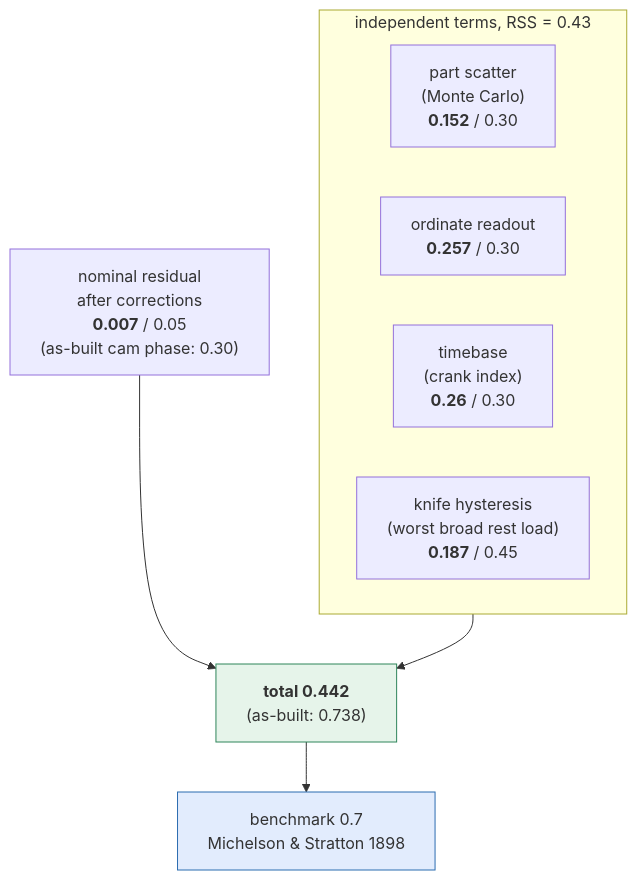
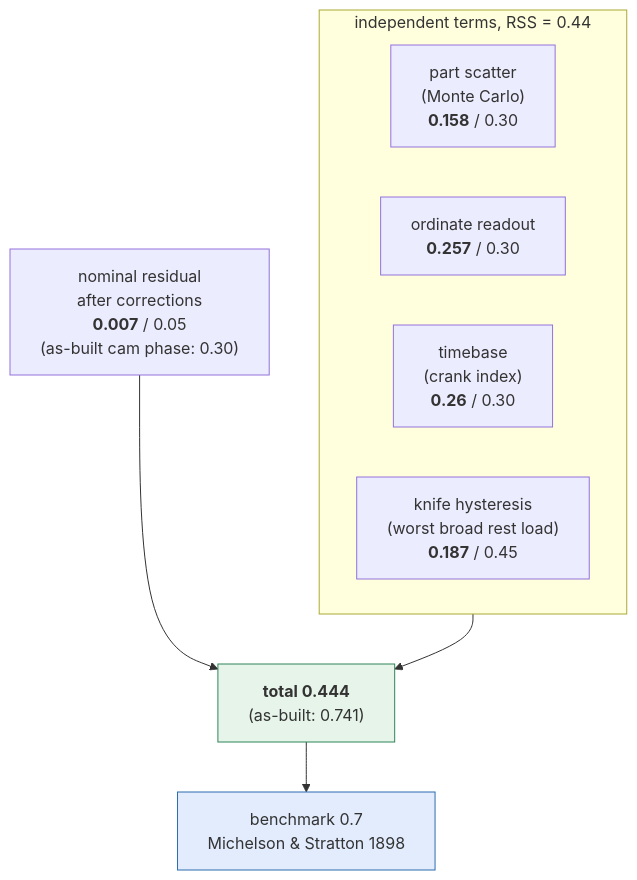
Before and after one commit to pedropaulovc/harmonic-analyzer: the third of 4 diagrams in cad/docs/tolerance-policy.md, drawn with Mermaid. The commit also changed other lines of this file and 4 other files, not shown here.

````diff
--- a/cad/docs/tolerance-policy.md
+++ b/cad/docs/tolerance-policy.md
@@ -328,16 +330,16 @@
 ```mermaid
 flowchart TB
-    subgraph rss["independent terms, RSS = 0.43"]
+    subgraph rss["independent terms, RSS = 0.44"]
         direction LR
-        s["part scatter<br/>(Monte Carlo)<br/><b>0.152</b> / 0.30"]
+        s["part scatter<br/>(Monte Carlo)<br/><b>0.158</b> / 0.30"]
         r["ordinate readout<br/><b>0.257</b> / 0.30"]
         t["timebase<br/>(crank index)<br/><b>0.26</b> / 0.30"]
         k["knife hysteresis<br/>(worst broad rest load)<br/><b>0.187</b> / 0.45"]
     end
     n["nominal residual<br/>after corrections<br/><b>0.007</b> / 0.05<br/>(as-built cam phase: 0.30)"]
-    rss --> total["<b>total 0.442</b><br/>(as-built: 0.738)"]
+    rss --> total["<b>total 0.444</b><br/>(as-built: 0.741)"]
     n --> total
     total --> bench["benchmark 0.7<br/>Michelson & Stratton 1898"]
     style total fill:#e6f4ea,stroke:#2f855a
     style bench fill:#e2ecfd,stroke:#2b6cb0
 ```
````
